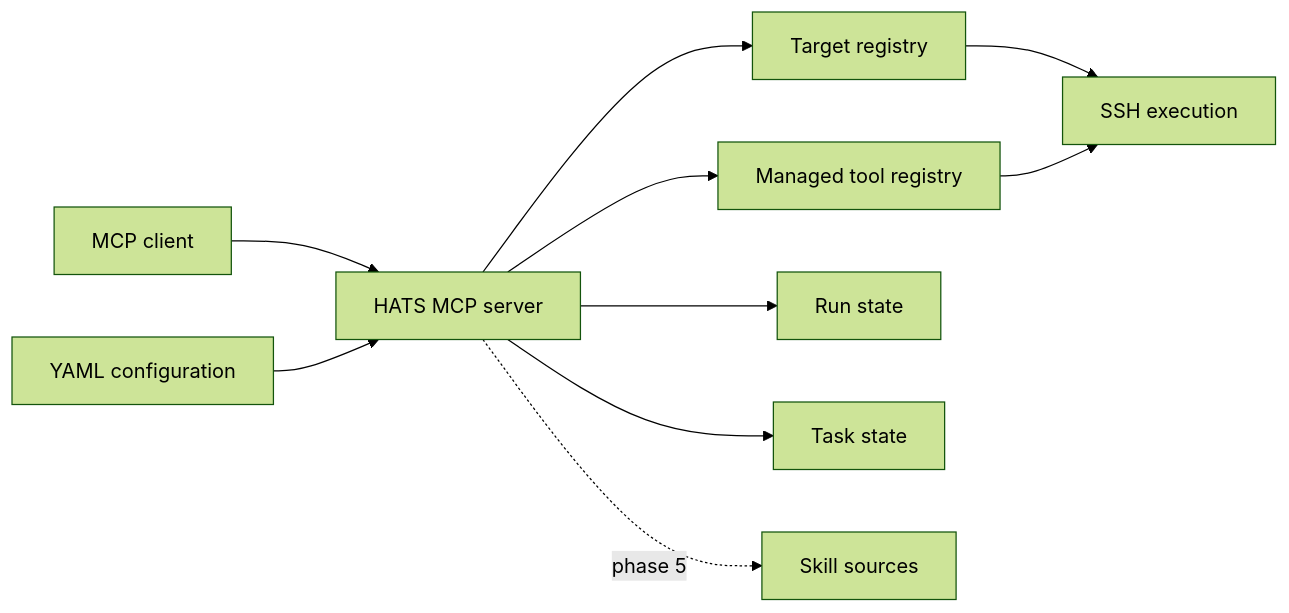
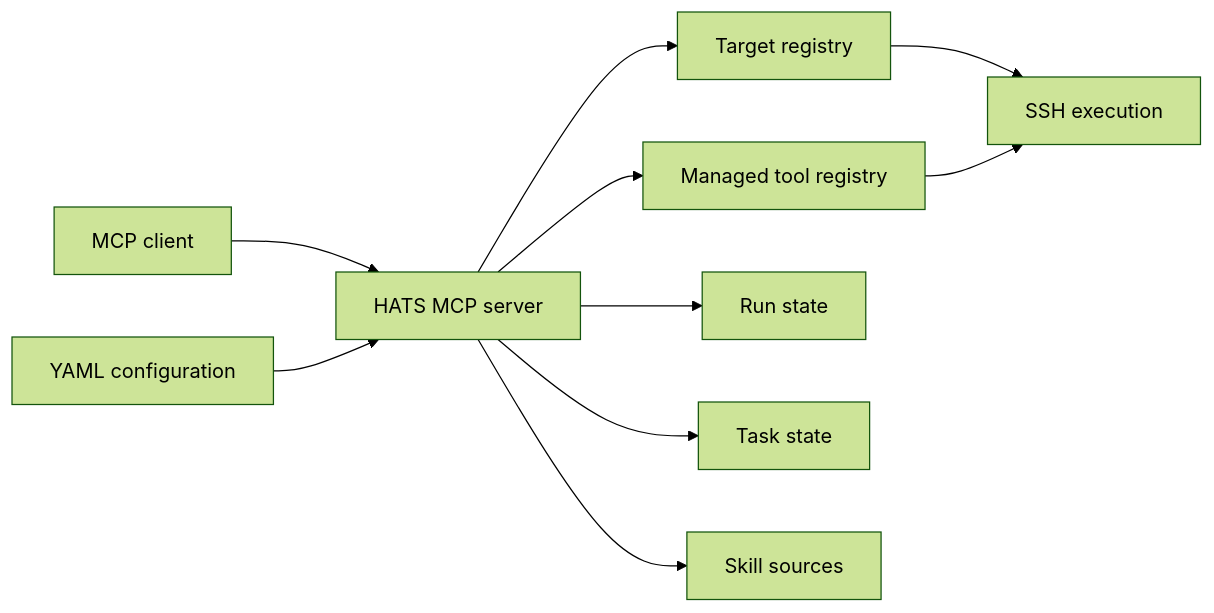
Before and after one commit to X1pheR/hypershell-reach: the first of 4 diagrams in docs/architecture.md, drawn with Mermaid (forest theme). The commit also changed 13 other files, not shown here.

````diff
--- a/docs/architecture.md
+++ b/docs/architecture.md
@@ -7,12 +7,12 @@
 ```mermaid
 flowchart LR
     Client[MCP client] --> Server[HATS MCP server]
     Config[YAML configuration] --> Server
     Server --> Targets[Target registry]
     Server --> Tools[Managed tool registry]
     Targets --> SSH[SSH execution]
     Tools --> SSH
     Server --> Runs[Run state]
     Server --> Tasks[Task state]
-    Server -. phase 5 .-> Skills[Skill sources]
+    Server --> Skills[Skill sources]
 ```
````
